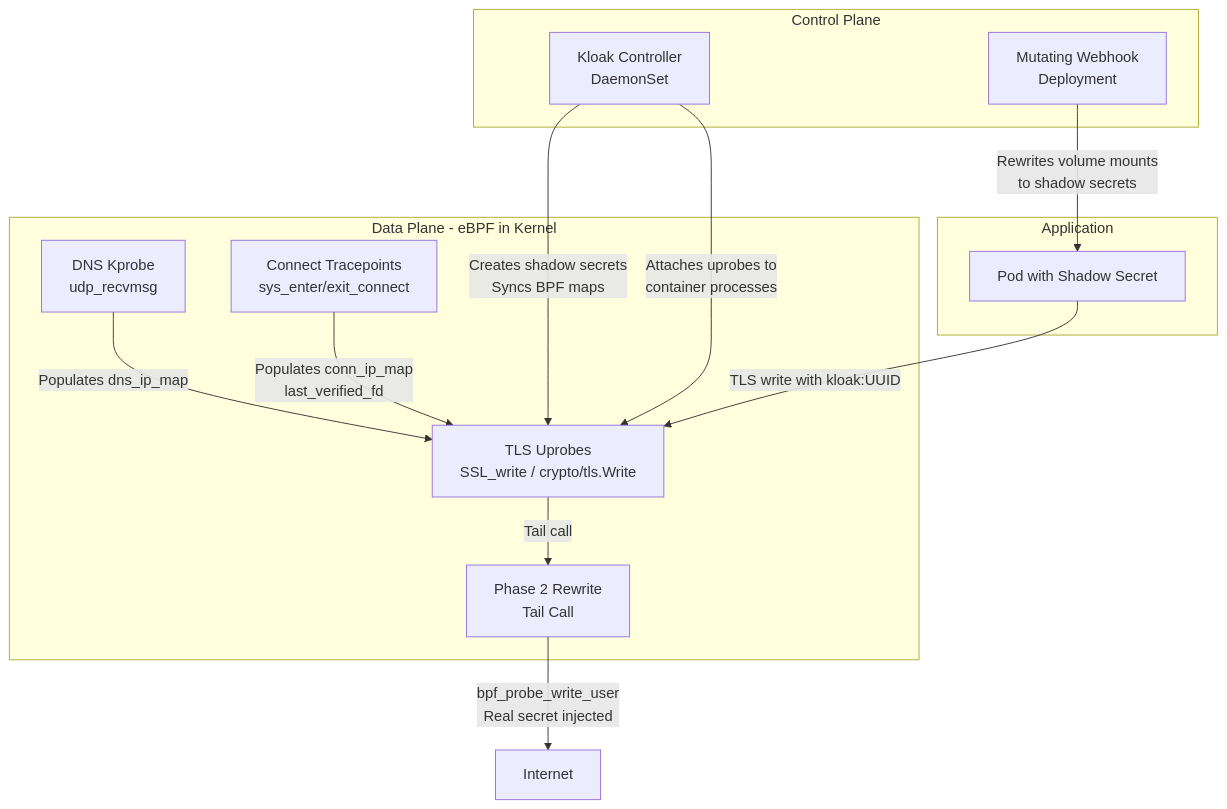
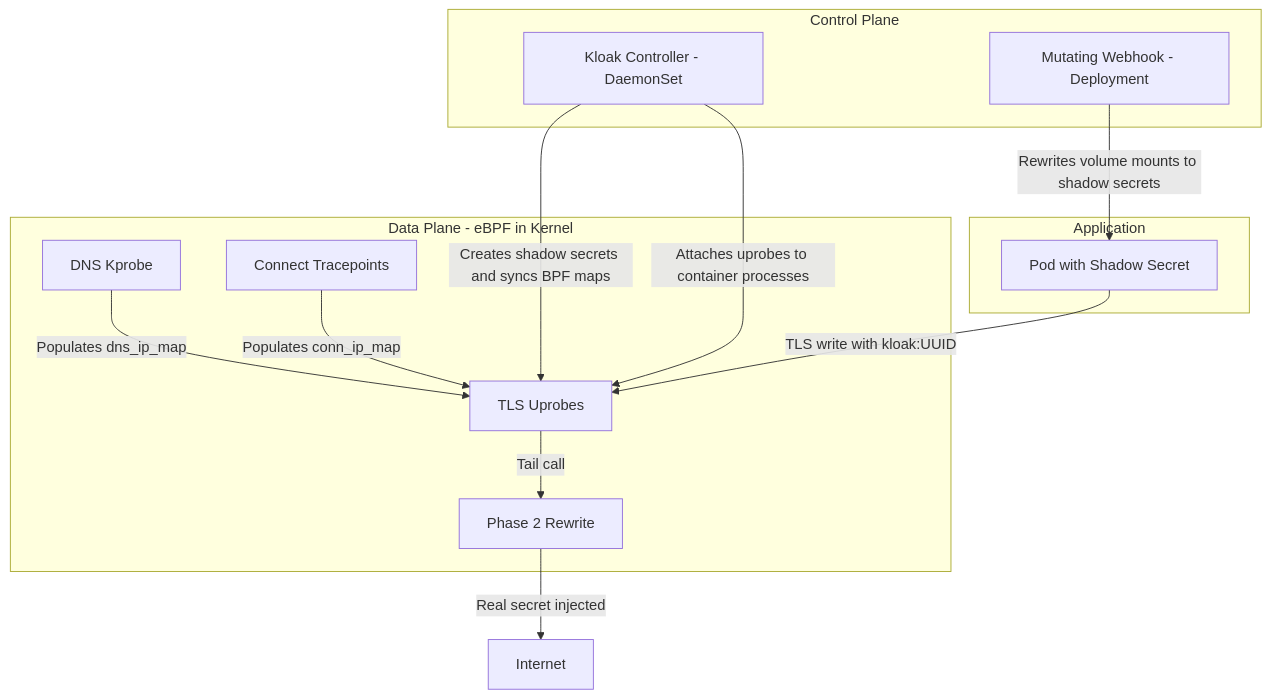
The first of 2 diagrams in README.md (spinningfactory/kloak), drawn with Mermaid before and after one commit. The commit also changed other lines of this file, not shown here.

First line of the commit message:
fix: simplify Mermaid diagrams for GitHub rendering

````diff
--- a/README.md
+++ b/README.md
@@ -39,27 +39,27 @@
 ```mermaid
 graph TD
-    subgraph Control Plane
-        C[Kloak Controller<br/>DaemonSet]
-        W[Mutating Webhook<br/>Deployment]
+    subgraph Control_Plane [Control Plane]
+        C[Kloak Controller - DaemonSet]
+        W[Mutating Webhook - Deployment]
     end
 
-    subgraph Data Plane - eBPF in Kernel
-        UP[TLS Uprobes<br/>SSL_write / crypto/tls.Write]
-        KP[DNS Kprobe<br/>udp_recvmsg]
-        TP[Connect Tracepoints<br/>sys_enter/exit_connect]
-        P2[Phase 2 Rewrite<br/>Tail Call]
+    subgraph Data_Plane [Data Plane - eBPF in Kernel]
+        UP[TLS Uprobes]
+        KP[DNS Kprobe]
+        TP[Connect Tracepoints]
+        P2[Phase 2 Rewrite]
     end
 
-    subgraph Application
+    subgraph App [Application]
         P[Pod with Shadow Secret]
     end
 
-    C -->|Creates shadow secrets<br/>Syncs BPF maps| UP
-    C -->|Attaches uprobes to<br/>container processes| UP
-    W -->|Rewrites volume mounts<br/>to shadow secrets| P
+    C -->|Creates shadow secrets and syncs BPF maps| UP
+    C -->|Attaches uprobes to container processes| UP
+    W -->|Rewrites volume mounts to shadow secrets| P
     P -->|TLS write with kloak:UUID| UP
     UP -->|Tail call| P2
-    P2 -->|bpf_probe_write_user<br/>Real secret injected| Internet
+    P2 -->|Real secret injected| Internet
     KP -->|Populates dns_ip_map| UP
-    TP -->|Populates conn_ip_map<br/>last_verified_fd| UP
+    TP -->|Populates conn_ip_map| UP
 ```
````
